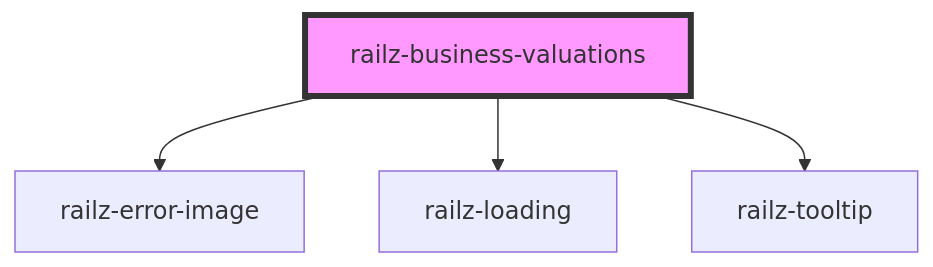
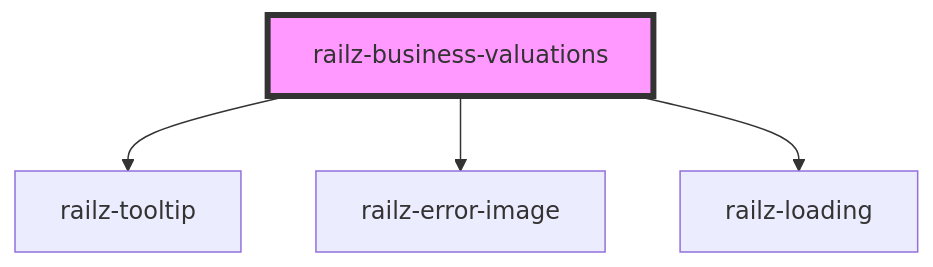
One commit to railz-ai/railz-visualizations changed the diagram in packages/components/src/elements/business-valuations/readme.md. Above: the diagram before and after it, drawn with Mermaid. The commit also changed other lines of this file and 3 other files, not shown here.

````diff
--- a/packages/components/src/elements/business-valuations/readme.md
+++ b/packages/components/src/elements/business-valuations/readme.md
@@ -23,7 +23,7 @@
 ```mermaid
 graph TD;
+  railz-business-valuations --> railz-tooltip
   railz-business-valuations --> railz-error-image
   railz-business-valuations --> railz-loading
-  railz-business-valuations --> railz-tooltip
   style railz-business-valuations fill:#f9f,stroke:#333,stroke-width:4px
 ```
````
